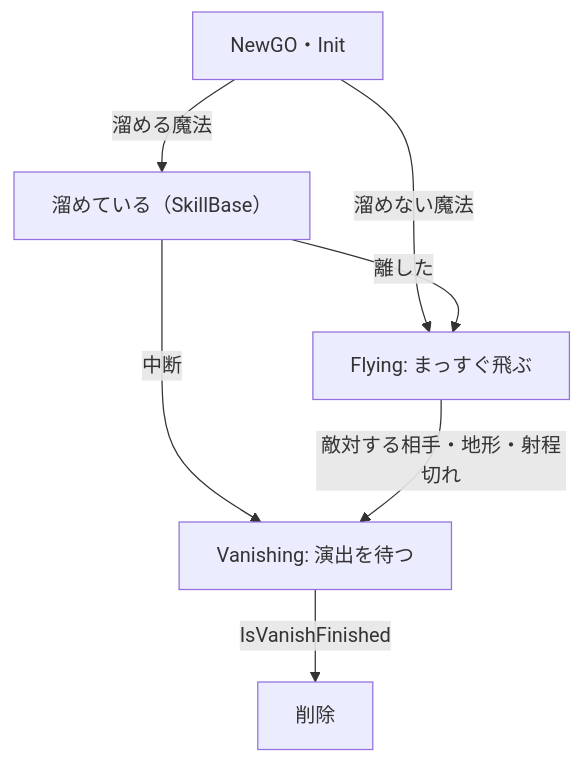
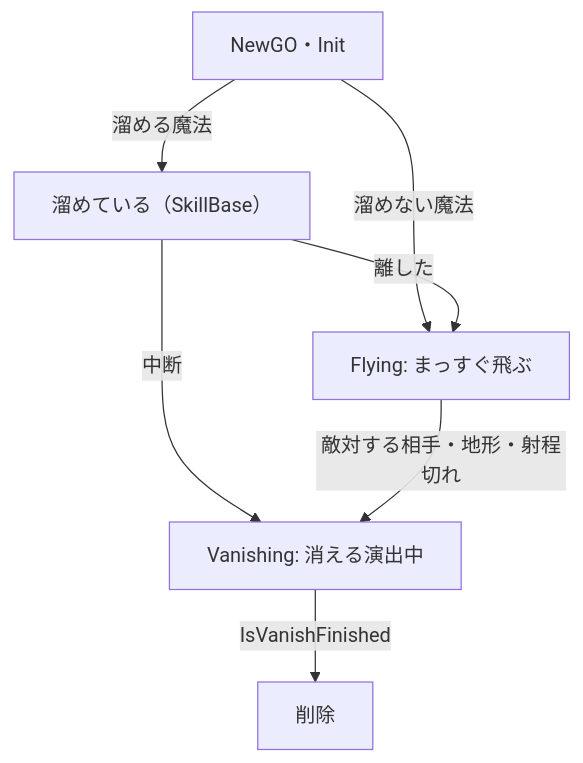
One commit to hirota-ryuki/Action changed the diagram in Action/docs/ゲーム/魔法/魔法の設計.md. Above: the diagram before and after it, drawn with Mermaid. The commit also changed other lines of this file and 60 other files, not shown here.

````diff
--- a/Action/docs/ゲーム/魔法/魔法の設計.md
+++ b/Action/docs/ゲーム/魔法/魔法の設計.md
@@ -35,9 +35,9 @@
 ```mermaid
 flowchart TD
     N[NewGO・Init] -->|溜める魔法| CH["溜めている（SkillBase）"]
     N -->|溜めない魔法| F[Flying: まっすぐ飛ぶ]
     CH -->|離した| F
-    CH -->|中断| V[Vanishing: 演出を待つ]
+    CH -->|中断| V[Vanishing: 消える演出中]
     F -->|敵対する相手・地形・射程切れ| V
     V -->|IsVanishFinished| D[削除]
 ```
````
